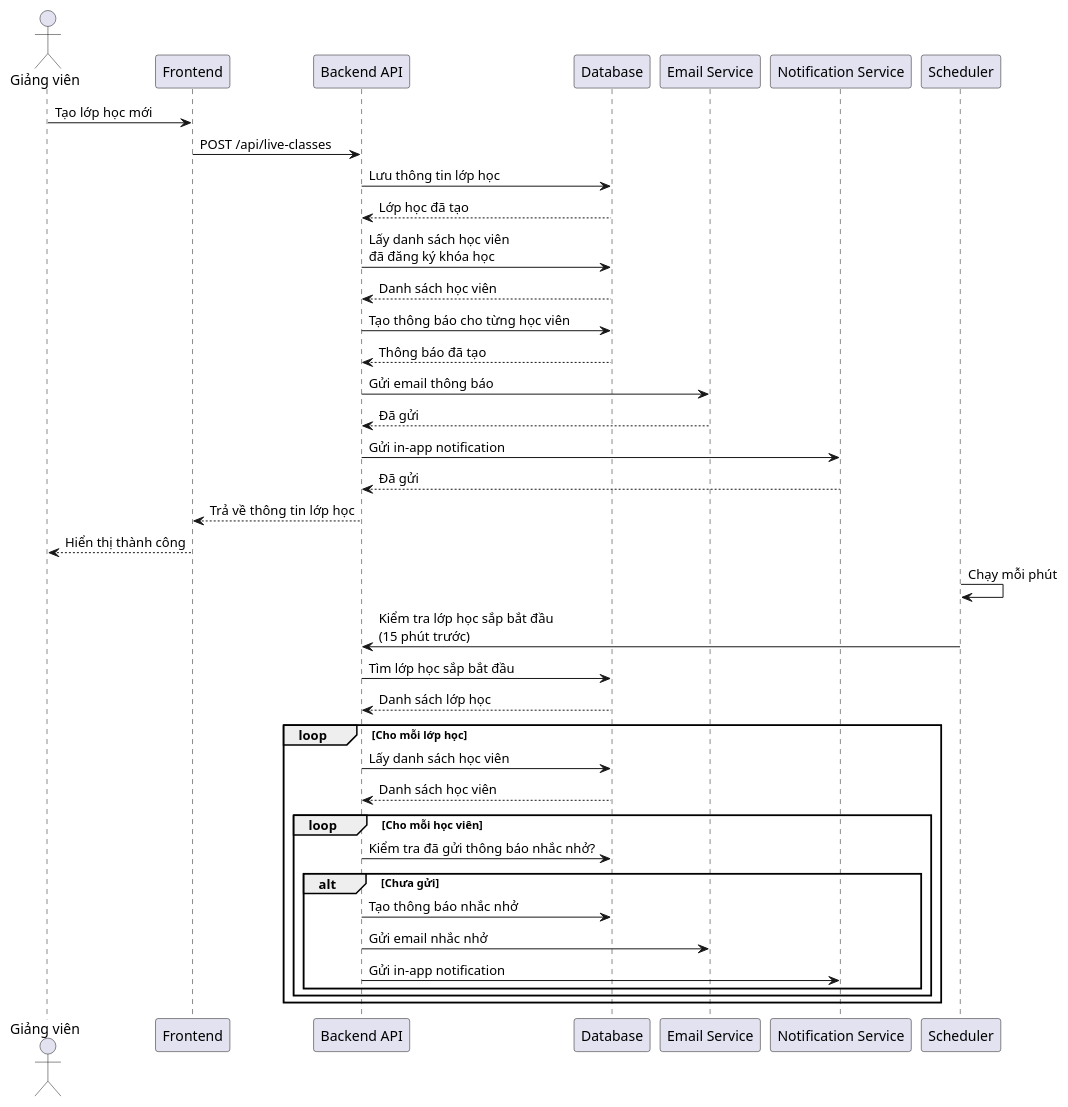
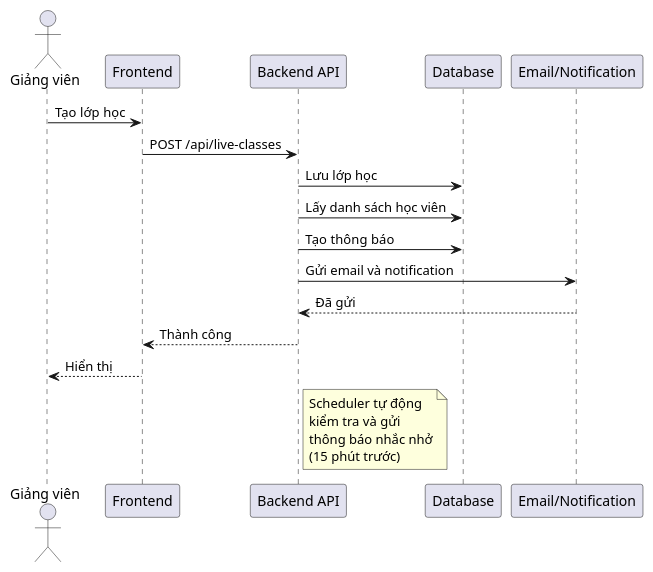
Diagram 15 of 18 in khoitriso-be/BIEU_DO_UML.md (ngocnghia81/KhoiTriSo-PHP), drawn with PlantUML before and after one commit. The commit also changed other lines of this file and 23 other files, not shown here.

````diff
--- a/khoitriso-be/BIEU_DO_UML.md
+++ b/khoitriso-be/BIEU_DO_UML.md
@@ -633,44 +377,22 @@
 ```plantuml
 @startuml
 actor "Giảng viên" as Instructor
 participant "Frontend" as FE
 participant "Backend API" as API
 participant "Database" as DB
-participant "Email Service" as Email
-participant "Notification Service" as Notif
-participant "Scheduler" as Sched
+participant "Email/Notification" as Notif
 
-Instructor -> FE: Tạo lớp học mới
+Instructor -> FE: Tạo lớp học
 FE -> API: POST /api/live-classes
-API -> DB: Lưu thông tin lớp học
-DB --> API: Lớp học đã tạo
-API -> DB: Lấy danh sách học viên\nđã đăng ký khóa học
-DB --> API: Danh sách học viên
-API -> DB: Tạo thông báo cho từng học viên
-DB --> API: Thông báo đã tạo
-API -> Email: Gửi email thông báo
-Email --> API: Đã gửi
-API -> Notif: Gửi in-app notification
+API -> DB: Lưu lớp học
+API -> DB: Lấy danh sách học viên
+API -> DB: Tạo thông báo
+API -> Notif: Gửi email và notification
 Notif --> API: Đã gửi
-API --> FE: Trả về thông tin lớp học
-FE --> Instructor: Hiển thị thành công
+API --> FE: Thành công
+FE --> Instructor: Hiển thị
 
-Sched -> Sched: Chạy mỗi phút
-Sched -> API: Kiểm tra lớp học sắp bắt đầu\n(15 phút trước)
-API -> DB: Tìm lớp học sắp bắt đầu
-DB --> API: Danh sách lớp học
-loop Cho mỗi lớp học
-  API -> DB: Lấy danh sách học viên
-  DB --> API: Danh sách học viên
-  loop Cho mỗi học viên
-    API -> DB: Kiểm tra đã gửi thông báo nhắc nhở?
-    alt Chưa gửi
-      API -> DB: Tạo thông báo nhắc nhở
-      API -> Email: Gửi email nhắc nhở
-      API -> Notif: Gửi in-app notification
-    end
-  end
-end
+note right of API: Scheduler tự động\nkiểm tra và gửi\nthông báo nhắc nhở\n(15 phút trước)
 
 @enduml
 ```
````
